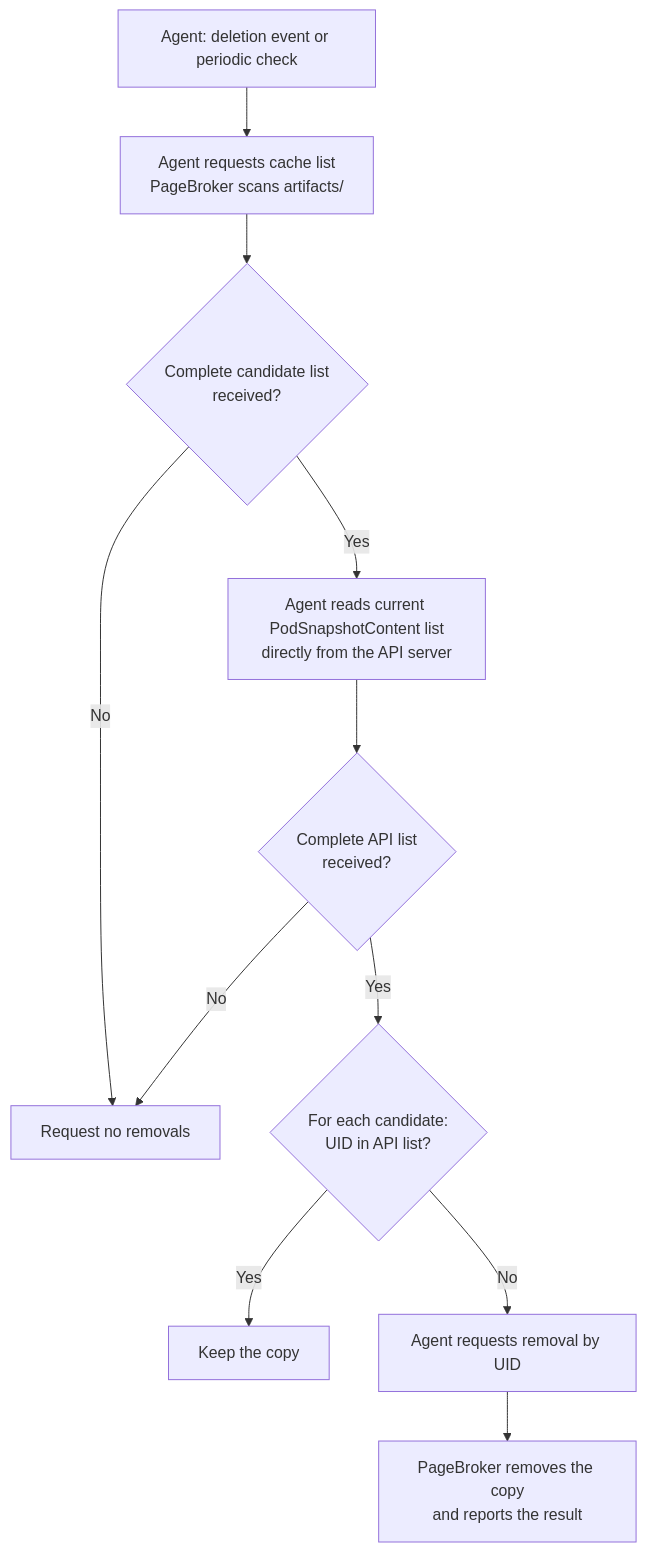
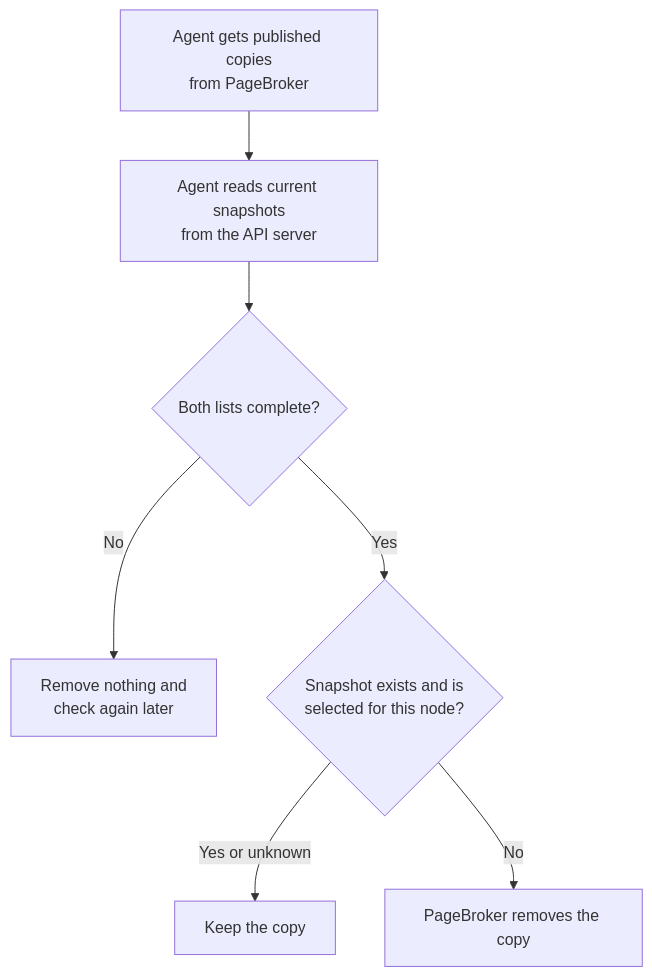
Before and after one commit to ai-dynamo/snapshot: the third of 3 diagrams in docs/design/644-node-cache/README.md, drawn with Mermaid. The commit also changed other lines of this file and 1 other file, not shown here.

Commit message:
docs(snep): address node cache design review

````diff
--- a/docs/design/644-node-cache/README.md
+++ b/docs/design/644-node-cache/README.md
@@ -373,13 +403,9 @@
 ```mermaid
 flowchart TD
-    A["Agent: deletion event or periodic check"] --> B["Agent requests cache list<br/>PageBroker scans artifacts/"]
-    B --> C{"Complete candidate list<br/>received?"}
-    C -->|"No"| D["Request no removals"]
-    C -->|"Yes"| E["Agent reads current PodSnapshotContent list<br/>directly from the API server"]
-    E --> F{"Complete API list<br/>received?"}
-    F -->|"No"| D
-    F -->|"Yes"| G{"For each candidate:<br/>UID in API list?"}
-    G -->|"Yes"| H["Keep the copy"]
-    G -->|"No"| I["Agent requests removal by UID"]
-    I --> J["PageBroker removes the copy<br/>and reports the result"]
+    A["Agent gets published copies<br/>from PageBroker"] --> B["Agent reads current snapshots<br/>from the API server"]
+    B --> C{"Both lists complete?"}
+    C -->|No| N["Remove nothing and<br/>check again later"]
+    C -->|Yes| D{"Snapshot exists and is<br/>selected for this node?"}
+    D -->|Yes or unknown| K["Keep the copy"]
+    D -->|No| R["PageBroker removes the copy"]
 ```
````
